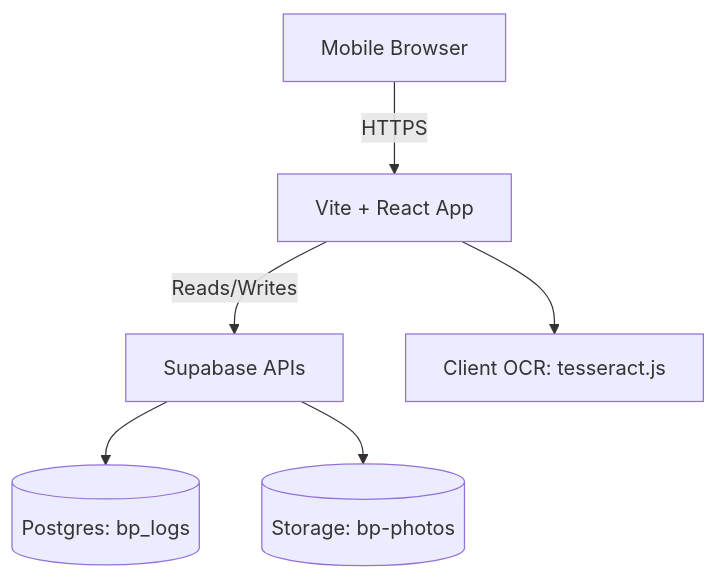
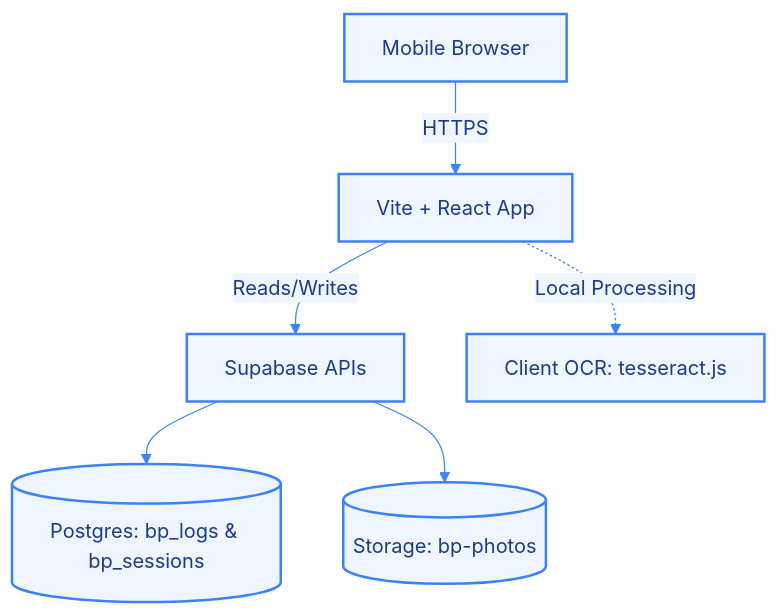
Before and after one commit to sanketmuchhala/BloodPressure_tracker: the first of 6 diagrams in ARCHITECTURE.md, drawn with Mermaid. The commit also changed other lines of this file and 1 other file, not shown here.

First line of the commit message:
Revise architecture docs and diagrams

````diff
--- a/ARCHITECTURE.md
+++ b/ARCHITECTURE.md
@@ -10,8 +10,11 @@
 ```mermaid
+%%{init: {'theme': 'base', 'themeVariables': { 'primaryColor': '#eff6ff', 'primaryTextColor': '#1e3a8a', 'primaryBorderColor': '#3b82f6', 'lineColor': '#3b82f6', 'secondaryColor': '#eff6ff', 'tertiaryColor': '#eff6ff'}}}%%
 flowchart TB
+  classDef default fill:#eff6ff,stroke:#3b82f6,stroke-width:2px,color:#1e3a8a;
+
   A[Mobile Browser] -->|HTTPS| B[Vite + React App]
   B -->|Reads/Writes| C[Supabase APIs]
-  C --> D[(Postgres: bp_logs)]
+  C --> D[(Postgres: bp_logs & bp_sessions)]
   C --> E[(Storage: bp-photos)]
-  B --> F[Client OCR: tesseract.js]
+  B -.->|Local Processing| F[Client OCR: tesseract.js]
 ```
````
